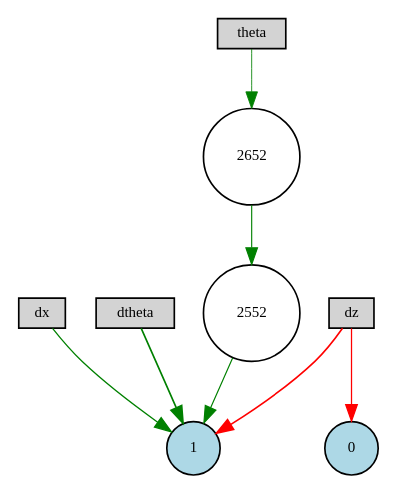
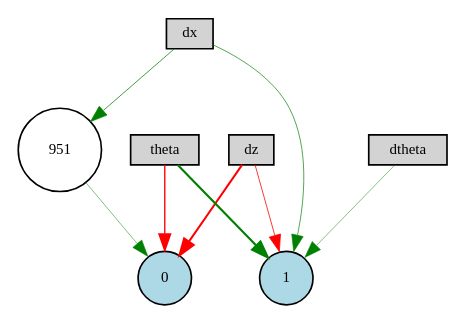
One commit to benjaminkeltjens/BioInspiredDrone changed the diagram in first_stabiliser/winner-ctrnn-enabled-pruned.gv. Above: the diagram before and after it, drawn with Graphviz. The commit also changed 548 other files, not shown here.

```diff
--- a/first_stabiliser/winner-ctrnn-enabled-pruned.gv
+++ b/first_stabiliser/winner-ctrnn-enabled-pruned.gv
@@ -1,18 +1,18 @@
 digraph {
 	node [fontsize=9 height=0.2 shape=circle width=0.2]
 	dx [fillcolor=lightgray shape=box style=filled]
 	dz [fillcolor=lightgray shape=box style=filled]
 	theta [fillcolor=lightgray shape=box style=filled]
 	dtheta [fillcolor=lightgray shape=box style=filled]
 	0 [fillcolor=lightblue style=filled]
 	1 [fillcolor=lightblue style=filled]
-	2552 [fillcolor=white style=filled]
-	2652 [fillcolor=white style=filled]
-	dz -> 0 [color=red penwidth=0.7648319639730117 style=solid]
-	dz -> 1 [color=red penwidth=0.9656528019229202 style=solid]
-	dtheta -> 1 [color=green penwidth=0.9883686594907114 style=solid]
-	dx -> 1 [color=green penwidth=0.7817619877884139 style=solid]
-	2552 -> 1 [color=green penwidth=0.6953877192243381 style=solid]
-	theta -> 2652 [color=green penwidth=0.5140806639187988 style=solid]
-	2652 -> 2552 [color=green penwidth=0.677425669925246 style=solid]
+	951 [fillcolor=white style=filled]
+	theta -> 1 [color=green penwidth=1.2691164652519704 style=solid]
+	dz -> 0 [color=red penwidth=1.2428659284169488 style=solid]
+	theta -> 0 [color=red penwidth=0.818314343009715 style=solid]
+	dtheta -> 1 [color=green penwidth=0.2879905021884336 style=solid]
+	dx -> 1 [color=green penwidth=0.41319858529355 style=solid]
+	dz -> 1 [color=red penwidth=0.46681799901855725 style=solid]
+	dx -> 951 [color=green penwidth=0.4458344807762581 style=solid]
+	951 -> 0 [color=green penwidth=0.29869719934027944 style=solid]
 }
```
